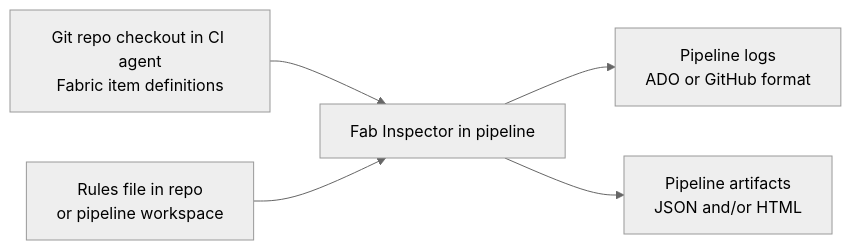
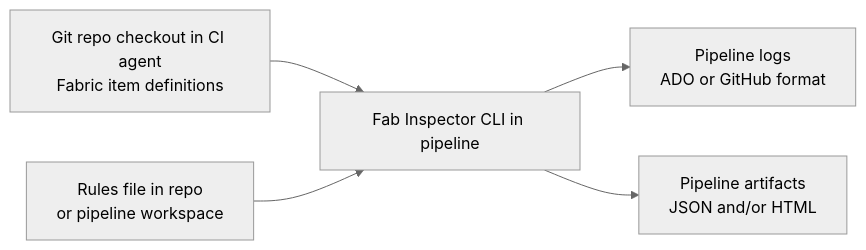
The second of 4 diagrams in README.md (NatVanG/fab-inspector), drawn with Mermaid (neutral theme) before and after one commit. The commit also changed other lines of this file, not shown here.

````diff
--- a/README.md
+++ b/README.md
@@ -47,7 +48,7 @@
 ```mermaid
 flowchart LR
-    A[Git repo checkout in CI agent\nFabric item definitions] --> C[Fab Inspector in pipeline]
+    A[Git repo checkout in CI agent\nFabric item definitions] --> C[Fab Inspector CLI in pipeline]
     B[Rules file in repo\nor pipeline workspace] --> C
     C --> D[Pipeline logs\nADO or GitHub format]
     C --> E[Pipeline artifacts\nJSON and/or HTML]
 ```
````
